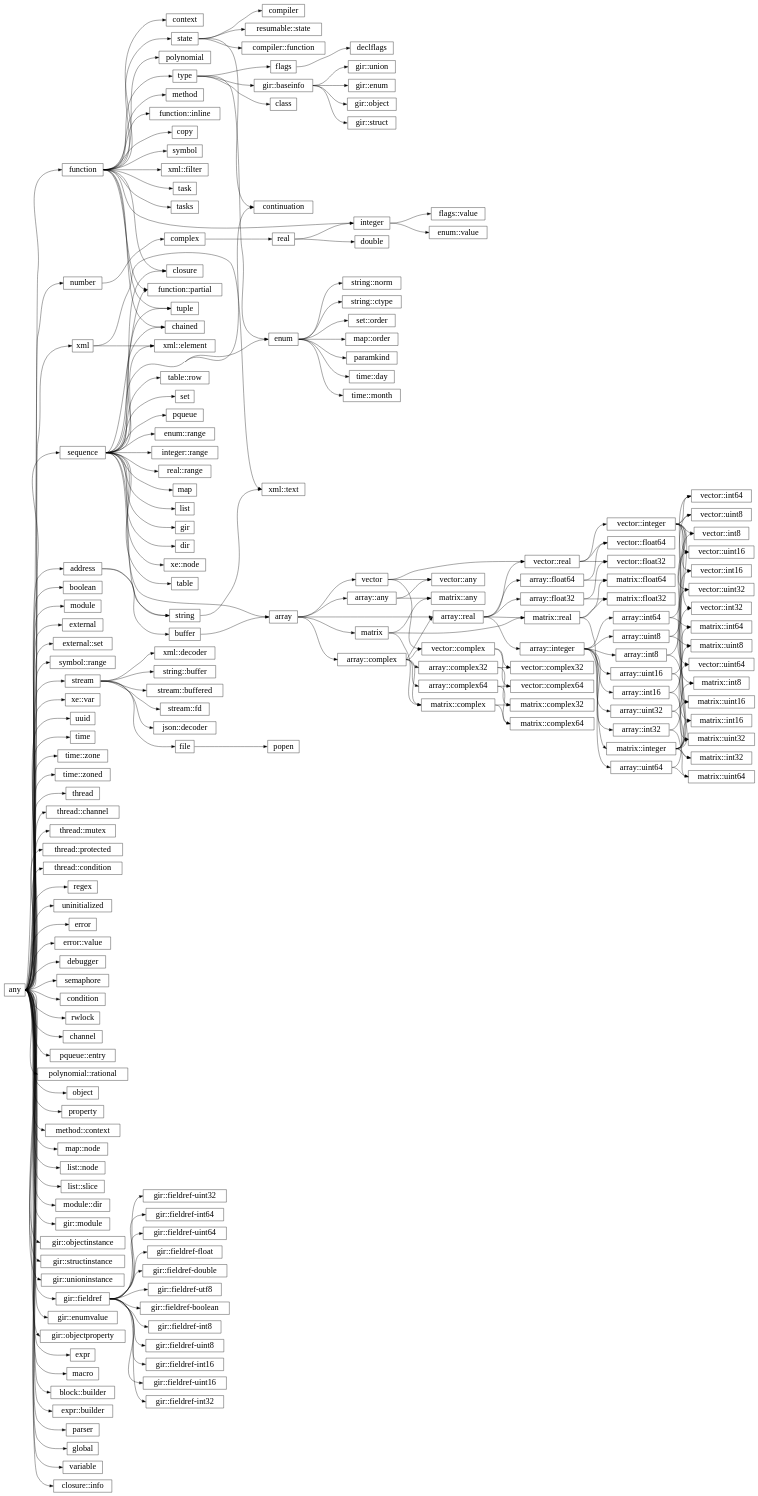
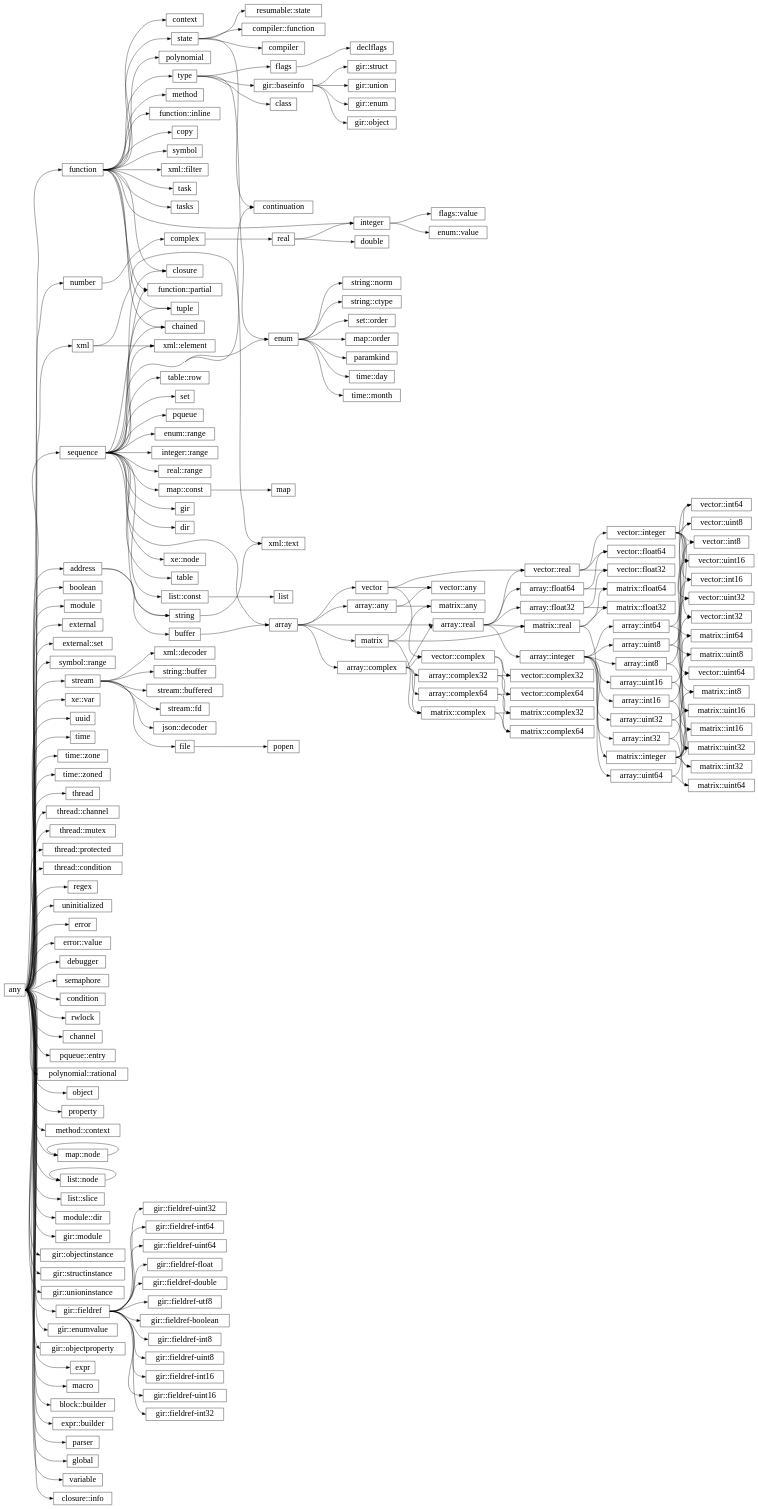
The diagram in docs/library/hierarchy.rst (wrapl/minilang), drawn with Graphviz before and after one commit. The commit also changed 15 other files, not shown here.

```diff
--- a/docs/library/hierarchy.rst
+++ b/docs/library/hierarchy.rst
@@ -99,11 +99,15 @@
       "sequence":e -> "real::range":w;
       "any":e -> "method::context":w;
       "function":e -> "method":w;
-      "sequence":e -> "map":w;
+      "sequence":e -> "map::const":w;
+      "map::const":e -> "map":w;
       "enum":e -> "map::order":w;
       "any":e -> "map::node":w;
-      "sequence":e -> "list":w;
+      "map::node":e -> "map::node":w;
+      "sequence":e -> "list::const":w;
+      "list::const":e -> "list":w;
       "any":e -> "list::node":w;
+      "list::node":e -> "list::node":w;
       "any":e -> "list::slice":w;
       "any":e -> "module::dir":w;
       "stream":e -> "json::decoder":w;
```
